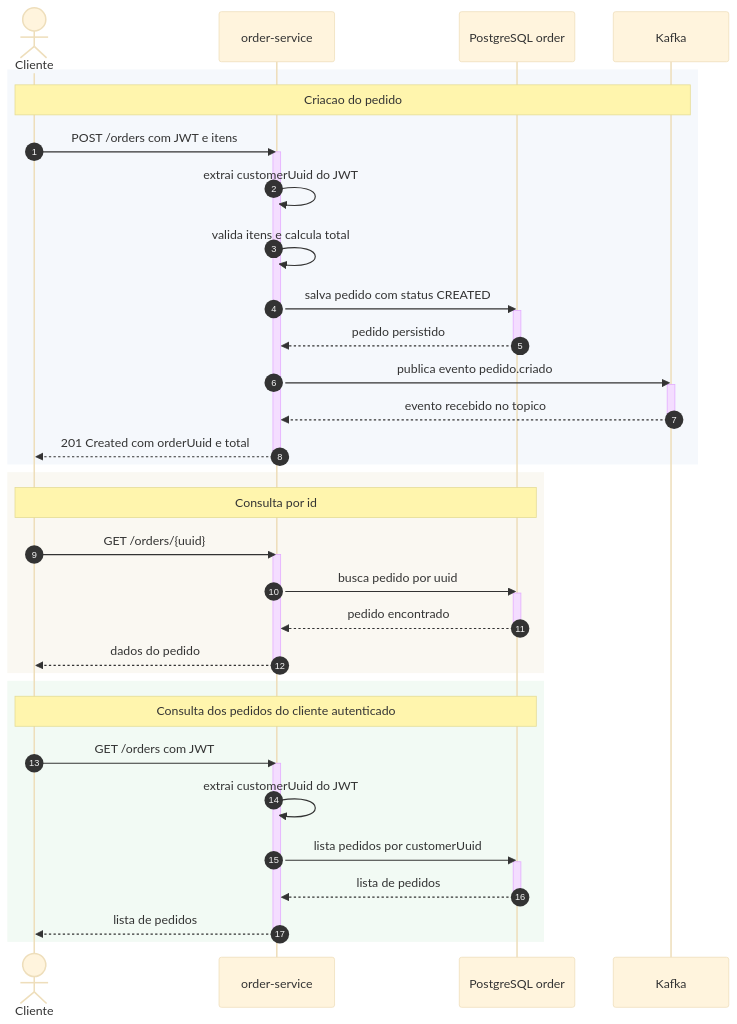
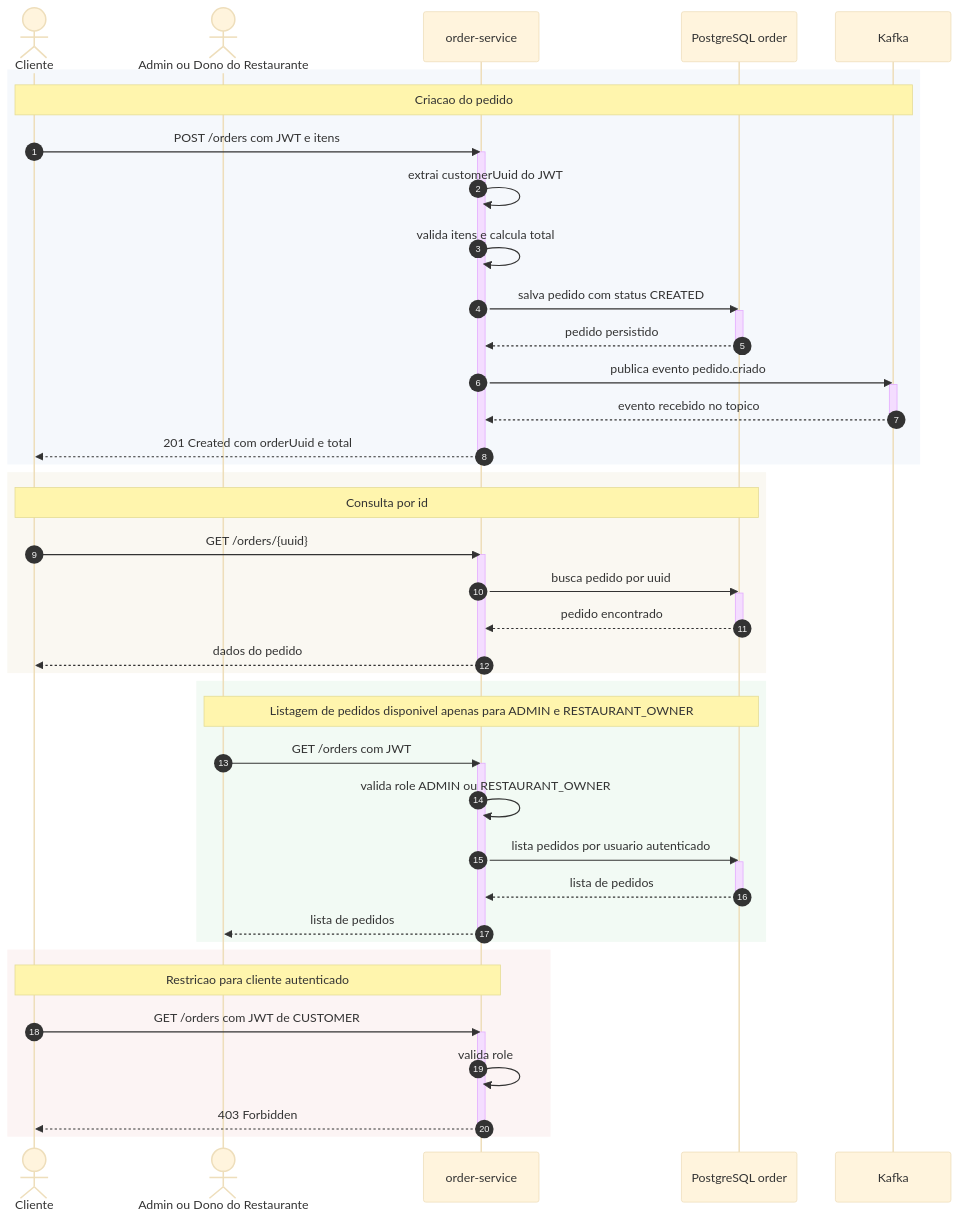
The diagram in docs/diagramas/fluxo-pedidos.md (connectFood/adjt-fase3-connect-food), drawn with Mermaid (base theme) before and after one commit. The commit also changed other lines of this file and 6 other files, not shown here.

````diff
--- a/docs/diagramas/fluxo-pedidos.md
+++ b/docs/diagramas/fluxo-pedidos.md
@@ -5,51 +5,61 @@
 ```mermaid
 sequenceDiagram
     autonumber
     actor Cliente
+    actor Gestor as Admin ou Dono do Restaurante
     participant Order as order-service
     participant OrderDB as PostgreSQL order
     participant Kafka as Kafka
 
     rect rgb(245, 248, 252)
         Note over Cliente,Kafka: Criacao do pedido
         Cliente->>Order: POST /orders com JWT e itens
         activate Order
         Order->>Order: extrai customerUuid do JWT
         Order->>Order: valida itens e calcula total
         Order->>OrderDB: salva pedido com status CREATED
         activate OrderDB
         OrderDB-->>Order: pedido persistido
         deactivate OrderDB
         Order->>Kafka: publica evento pedido.criado
         activate Kafka
         Kafka-->>Order: evento recebido no topico
         deactivate Kafka
         Order-->>Cliente: 201 Created com orderUuid e total
         deactivate Order
     end
 
     rect rgb(250, 248, 242)
         Note over Cliente,OrderDB: Consulta por id
         Cliente->>Order: GET /orders/{uuid}
         activate Order
         Order->>OrderDB: busca pedido por uuid
         activate OrderDB
         OrderDB-->>Order: pedido encontrado
         deactivate OrderDB
         Order-->>Cliente: dados do pedido
         deactivate Order
     end
 
     rect rgb(242, 250, 244)
-        Note over Cliente,OrderDB: Consulta dos pedidos do cliente autenticado
-        Cliente->>Order: GET /orders com JWT
+        Note over Gestor,OrderDB: Listagem de pedidos disponivel apenas para ADMIN e RESTAURANT_OWNER
+        Gestor->>Order: GET /orders com JWT
         activate Order
-        Order->>Order: extrai customerUuid do JWT
-        Order->>OrderDB: lista pedidos por customerUuid
+        Order->>Order: valida role ADMIN ou RESTAURANT_OWNER
+        Order->>OrderDB: lista pedidos por usuario autenticado
         activate OrderDB
         OrderDB-->>Order: lista de pedidos
         deactivate OrderDB
-        Order-->>Cliente: lista de pedidos
+        Order-->>Gestor: lista de pedidos
+        deactivate Order
+    end
+
+    rect rgb(252, 244, 244)
+        Note over Cliente,Order: Restricao para cliente autenticado
+        Cliente->>Order: GET /orders com JWT de CUSTOMER
+        activate Order
+        Order->>Order: valida role
+        Order-->>Cliente: 403 Forbidden
         deactivate Order
     end
 ```
````
